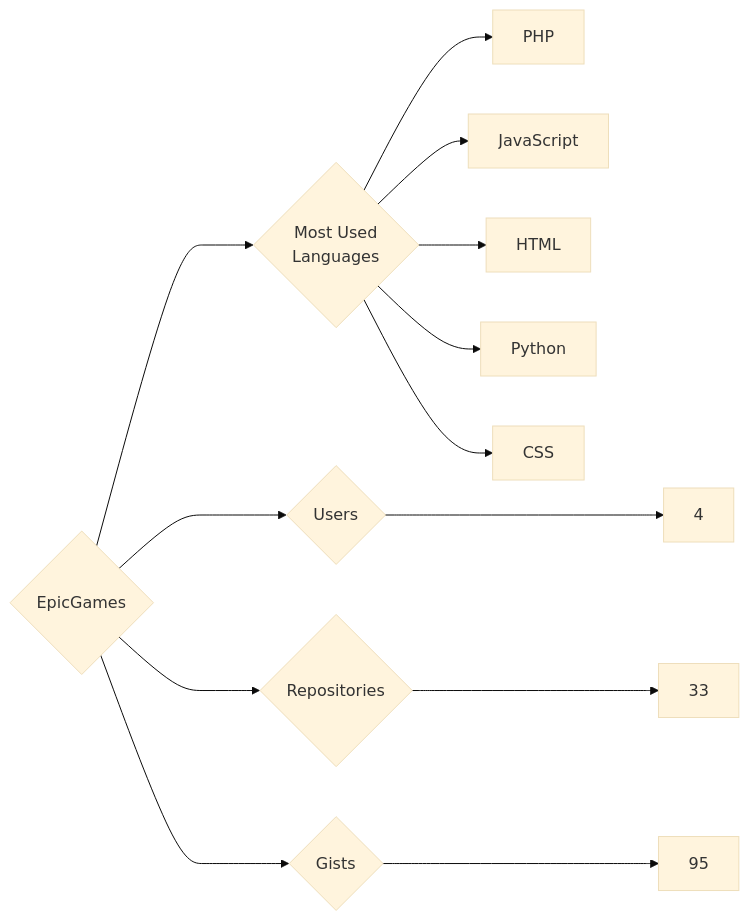
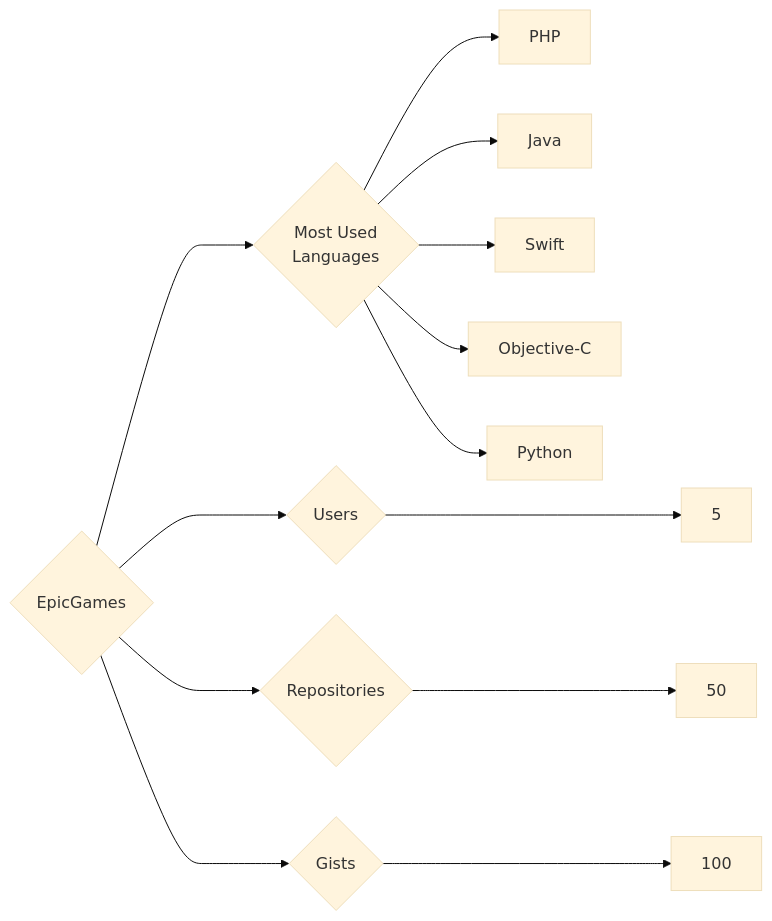
The diagram in targets/EpicGames/README.md (trickest/insiders), drawn with Mermaid (base theme) before and after one commit. The commit also changed 859 other files, not shown here.

````diff
--- a/targets/EpicGames/README.md
+++ b/targets/EpicGames/README.md
@@ -3,13 +3,13 @@
 ```mermaid
 graph LR
 COMPANY_NAME{EpicGames}
-COMPANY_NAME ---> U{Users} ---> UN[4]
-COMPANY_NAME ---> R{Repositories} ---> RN[33]
-COMPANY_NAME ---> G{Gists} ---> GN[95]
+COMPANY_NAME ---> U{Users} ---> UN[5]
+COMPANY_NAME ---> R{Repositories} ---> RN[50]
+COMPANY_NAME ---> G{Gists} ---> GN[100]
 COMPANY_NAME ---> ML{Most Used<br>Languages}
 ML --> PHP[PHP]
-ML --> JavaScript[JavaScript]
-ML --> HTML[HTML]
+ML --> Java[Java]
+ML --> Swift[Swift]
+ML --> Objective-C[Objective-C]
 ML --> Python[Python]
-ML --> CSS[CSS]
 ```
````
